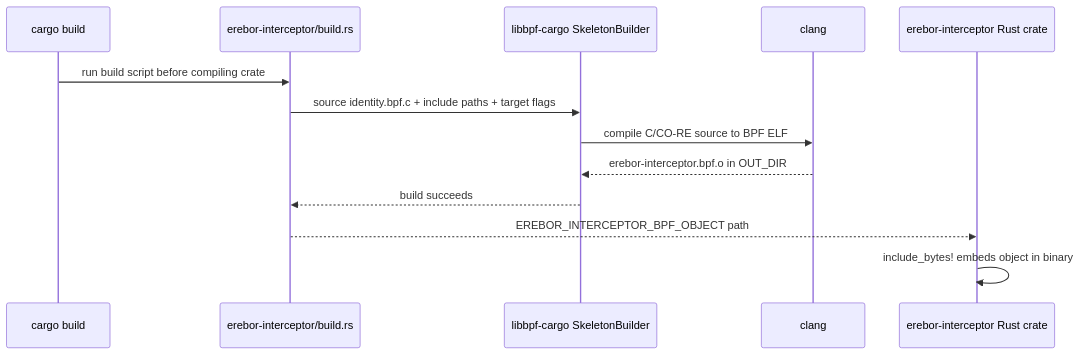
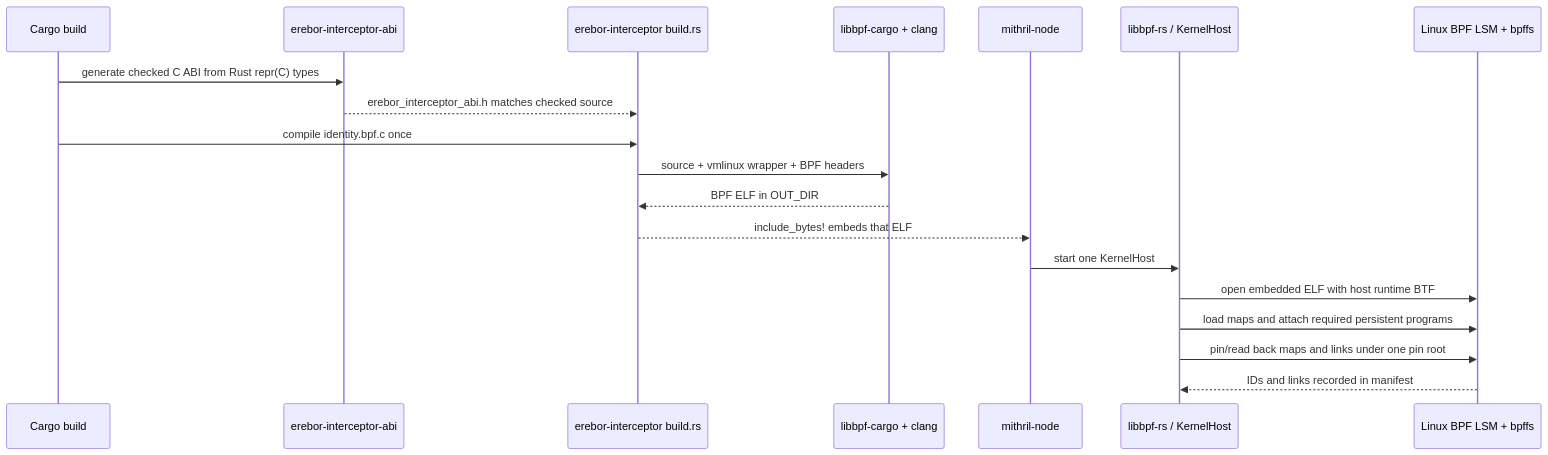
One commit to Ereborlabs/erebor-runtime changed the first of 10 diagrams in docs/plans/mithril-hugging-face-intrusion-prevention/implemented-phase-review.md. Above: the diagram before and after it, drawn with Mermaid. The commit also changed other lines of this file, not shown here.

Commit message:
docs(mithril): rewrite implementation review guide

````diff
--- a/docs/plans/mithril-hugging-face-intrusion-prevention/implemented-phase-review.md
+++ b/docs/plans/mithril-hugging-face-intrusion-prevention/implemented-phase-review.md
@@ -190,16 +82,22 @@
 ```mermaid
 sequenceDiagram
-    participant Cargo as cargo build
-    participant Build as erebor-interceptor/build.rs
-    participant L as libbpf-cargo SkeletonBuilder
-    participant Clang as clang
-    participant Rust as erebor-interceptor Rust crate
+    participant Cargo as Cargo build
+    participant ABI as erebor-interceptor-abi
+    participant Build as erebor-interceptor build.rs
+    participant LC as libbpf-cargo + clang
+    participant Node as mithril-node
+    participant LR as libbpf-rs / KernelHost
+    participant K as Linux BPF LSM + bpffs
 
-    Cargo->>Build: run build script before compiling crate
-    Build->>L: source identity.bpf.c + include paths + target flags
-    L->>Clang: compile C/CO-RE source to BPF ELF
-    Clang-->>L: erebor-interceptor.bpf.o in OUT_DIR
-    L-->>Build: build succeeds
-    Build-->>Rust: EREBOR_INTERCEPTOR_BPF_OBJECT path
-    Rust->>Rust: include_bytes! embeds object in binary
+    Cargo->>ABI: generate checked C ABI from Rust repr(C) types
+    ABI-->>Build: erebor_interceptor_abi.h matches checked source
+    Cargo->>Build: compile identity.bpf.c once
+    Build->>LC: source + vmlinux wrapper + BPF headers
+    LC-->>Build: BPF ELF in OUT_DIR
+    Build-->>Node: include_bytes! embeds that ELF
+    Node->>LR: start one KernelHost
+    LR->>K: open embedded ELF with host runtime BTF
+    LR->>K: load maps and attach required persistent programs
+    LR->>K: pin/read back maps and links under one pin root
+    K-->>LR: IDs and links recorded in manifest
 ```
````
